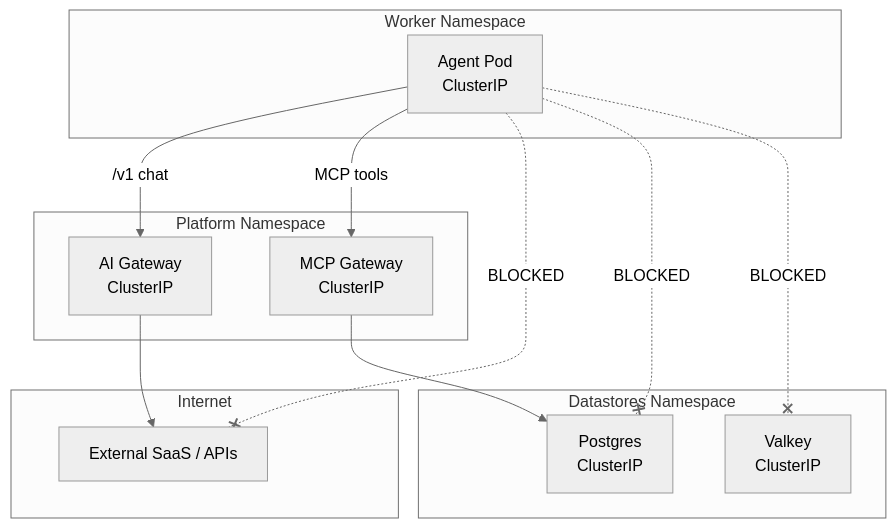
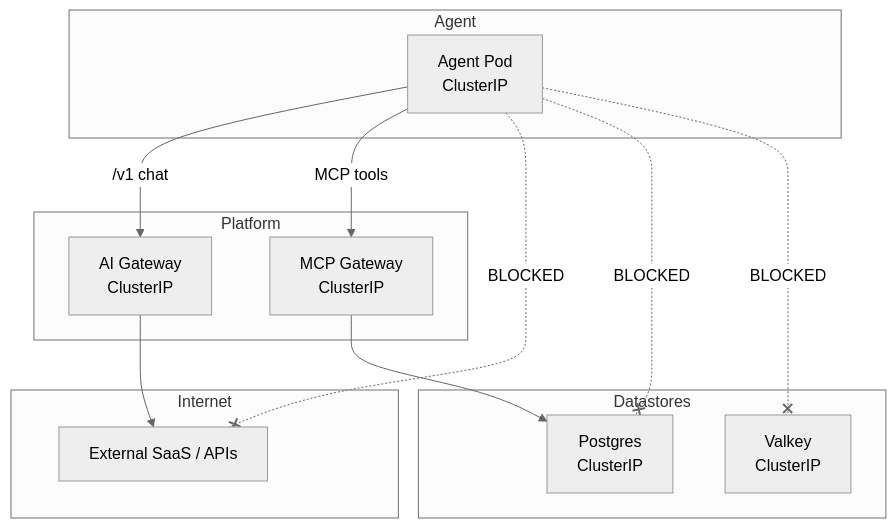
One commit to devopssquaddev/zelkor-platform changed the diagram in docs/architecture-network.md. Above: the diagram before and after it, drawn with Mermaid. The commit also changed other lines of this file and 15 other files, not shown here.

````diff
--- a/docs/architecture-network.md
+++ b/docs/architecture-network.md
@@ -18,34 +18,34 @@
 ```mermaid
 ---
 config:
   theme: neutral
 ---
 flowchart TB
   subgraph Internet[Internet]
     SaaS[External SaaS / APIs]
   end
 
-  subgraph Datastores[Datastores Namespace]
+  subgraph Datastores[Datastores]
     Postgres[Postgres\nClusterIP]
     Valkey[Valkey\nClusterIP]
   end
 
-  subgraph Platform[Platform Namespace]
+  subgraph Platform[Platform]
     AIGateway[AI Gateway\nClusterIP]
     MCPGateway[MCP Gateway\nClusterIP]
   end
 
-  subgraph Worker[Worker Namespace]
+  subgraph Worker[Agent]
     Agent[Agent Pod\nClusterIP]
   end
 
   Agent -- "/v1 chat" --> AIGateway
   Agent -- "MCP tools" --> MCPGateway
   
   Agent -.-x|"BLOCKED"| SaaS
   Agent -.-x|"BLOCKED"| Postgres
   Agent -.-x|"BLOCKED"| Valkey
   
   AIGateway --> SaaS
   MCPGateway --> Postgres
 ```
````
